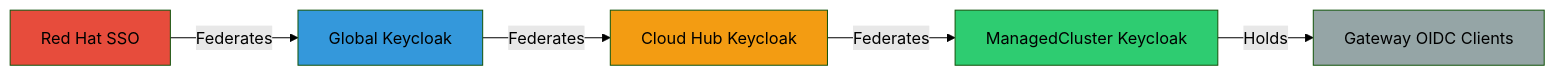
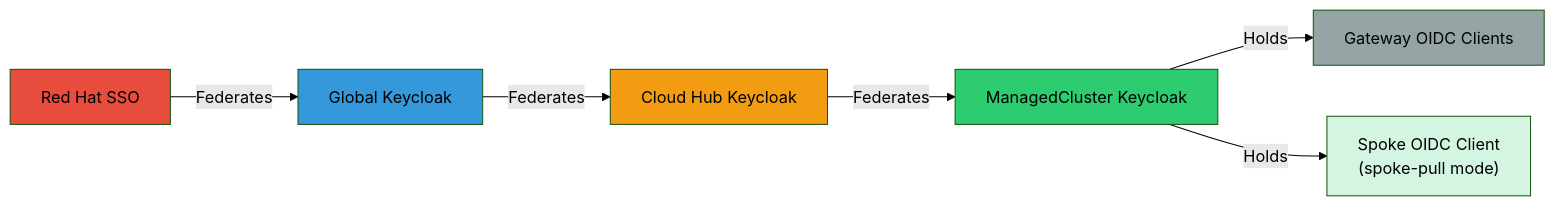
Before and after one commit to openshift-online/hypershell: the second of 10 diagrams in specs/platform/global-architecture.spec.md, drawn with Mermaid (forest theme). The commit also changed other lines of this file and 2 other files, not shown here.

First line of the commit message:
docs(specs): add managed cluster pull model to architecture specs HYPERSHELL-297

````diff
--- a/specs/platform/global-architecture.spec.md
+++ b/specs/platform/global-architecture.spec.md
@@ -172,19 +183,21 @@
 ```mermaid
 graph LR
     RHSSO[Red Hat SSO]
     Global[Global Keycloak]
     Cloud[Cloud Hub Keycloak]
     MC[ManagedCluster Keycloak]
     
     RHSSO -->|Federates| Global
     Global -->|Federates| Cloud
     Cloud -->|Federates| MC
     
     MC -->|Holds| Clients[Gateway OIDC Clients]
+    MC -->|Holds| SpokeClient["Spoke OIDC Client<br/>(spoke-pull mode)"]
     
     style RHSSO fill:#e74c3c
     style Global fill:#3498db
     style Cloud fill:#f39c12
     style MC fill:#2ecc71
     style Clients fill:#95a5a6
+    style SpokeClient fill:#d5f5e3
 ```
````
